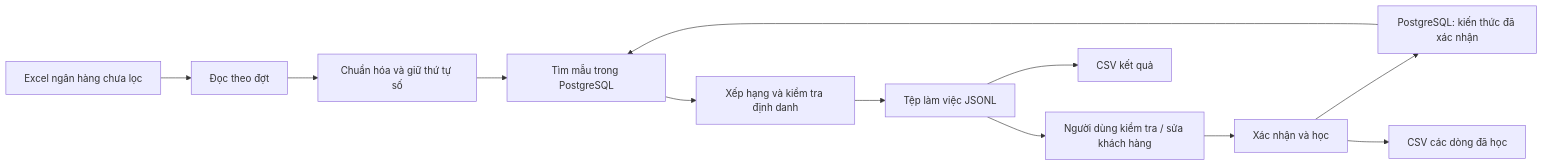
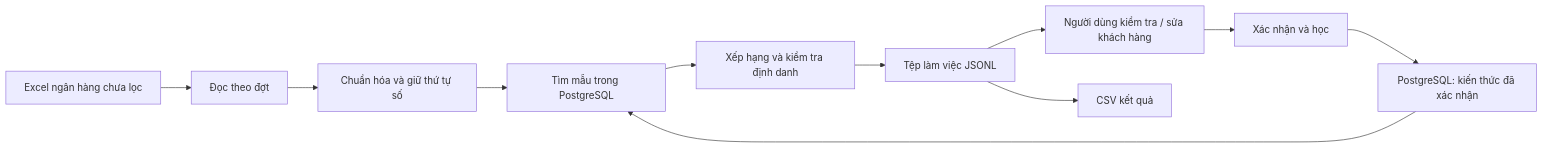
The first of 2 diagrams in docs/matching-and-learning.md (vnminh/invoice_huewaco), drawn with Mermaid before and after one commit. The commit also changed other lines of this file and 15 other files, not shown here.

````diff
--- a/docs/matching-and-learning.md
+++ b/docs/matching-and-learning.md
@@ -7,14 +7,13 @@
 ```mermaid
 flowchart LR
     A[Excel ngân hàng chưa lọc] --> B[Đọc theo đợt]
     B --> C[Chuẩn hóa và giữ thứ tự số]
     C --> D[Tìm mẫu trong PostgreSQL]
     D --> E[Xếp hạng và kiểm tra định danh]
     E --> F[Tệp làm việc JSONL]
     F --> G[Người dùng kiểm tra / sửa khách hàng]
     G --> H[Xác nhận và học]
     H --> I[PostgreSQL: kiến thức đã xác nhận]
     F --> J[CSV kết quả]
-    H --> K[CSV các dòng đã học]
     I --> D
 ```
````
